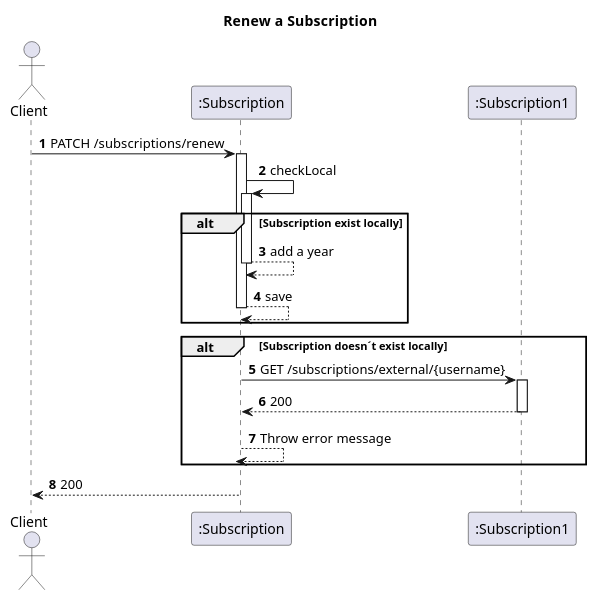
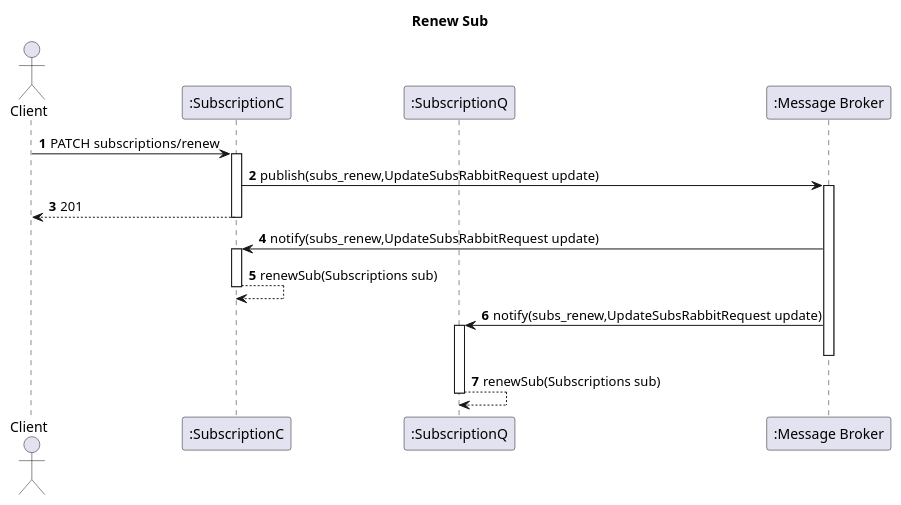
The diagram in docs_sidis/Segunda_Avalição/Subs/Vista Logica/N2/RenewSubs.puml (IsepMartimOliveira/SIDIS), drawn with PlantUML before and after one commit. The commit also changed 6 other files, not shown here.

```diff
--- a/docs_sidis/Segunda_Avalição/Subs/Vista Logica/N2/RenewSubs.puml
+++ b/docs_sidis/Segunda_Avalição/Subs/Vista Logica/N2/RenewSubs.puml
@@ -1,27 +1,27 @@
 @startuml
 'https://plantuml.com/sequence-diagram
 autoactivate on
 autonumber
-title   Renew a  Subscription
+title  Renew Sub
 
 autonumber
 
 actor "Client" as Ac
-participant ":Subscription" as Auth
-participant ":Subscription1" as Serv
 
+participant ":SubscriptionC" as SubC
+participant ":SubscriptionQ" as SubQ
+participant ":Message Broker" as Broker
 
-Ac->Auth:  PATCH /subscriptions/renew
-Auth->Auth:checkLocal
-alt Subscription exist locally
-Auth-->Auth:add a year
-Auth-->Auth:save
-end
-alt Subscription doesn´t exist locally
+Ac->SubC:PATCH subscriptions/renew
 
-Auth->Serv: GET /subscriptions/external/{username}
-Serv-->Auth:200
-Auth-->Auth:Throw error message
-end
-Auth-->Ac:200
+SubC->Broker: publish(subs_renew,UpdateSubsRabbitRequest update)
+SubC-->Ac:201
+
+Broker->SubC:notify(subs_renew,UpdateSubsRabbitRequest update)
+SubC-->SubC:renewSub(Subscriptions sub)
+Broker->SubQ:notify(subs_renew,UpdateSubsRabbitRequest update)
+deactivate Broker
+
+SubQ-->SubQ:renewSub(Subscriptions sub)
+
 @enduml
```
